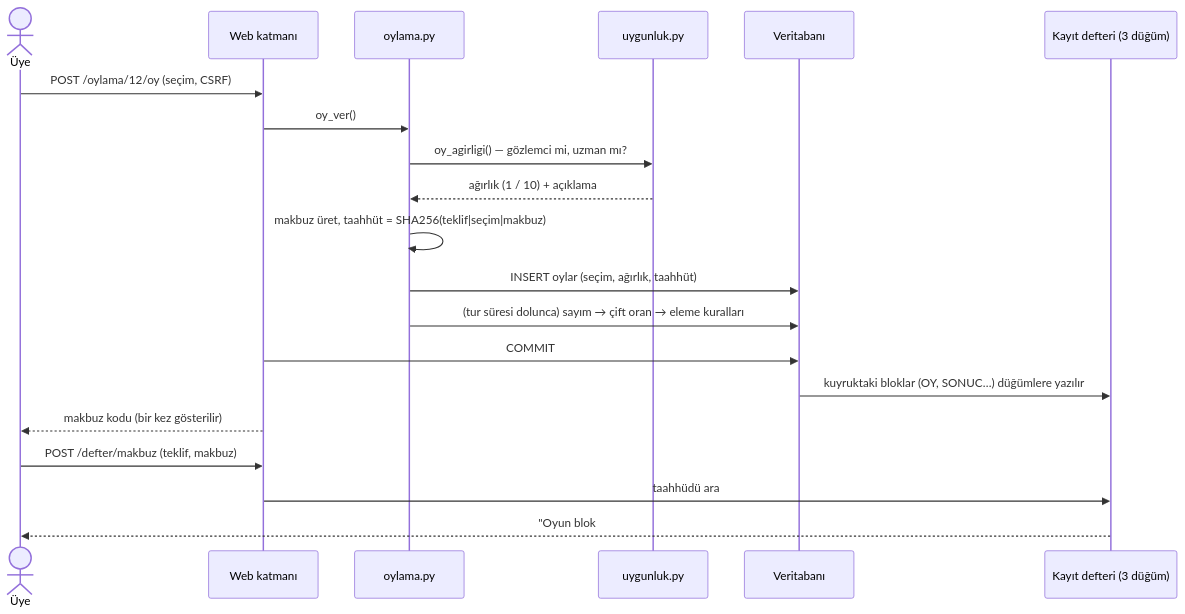
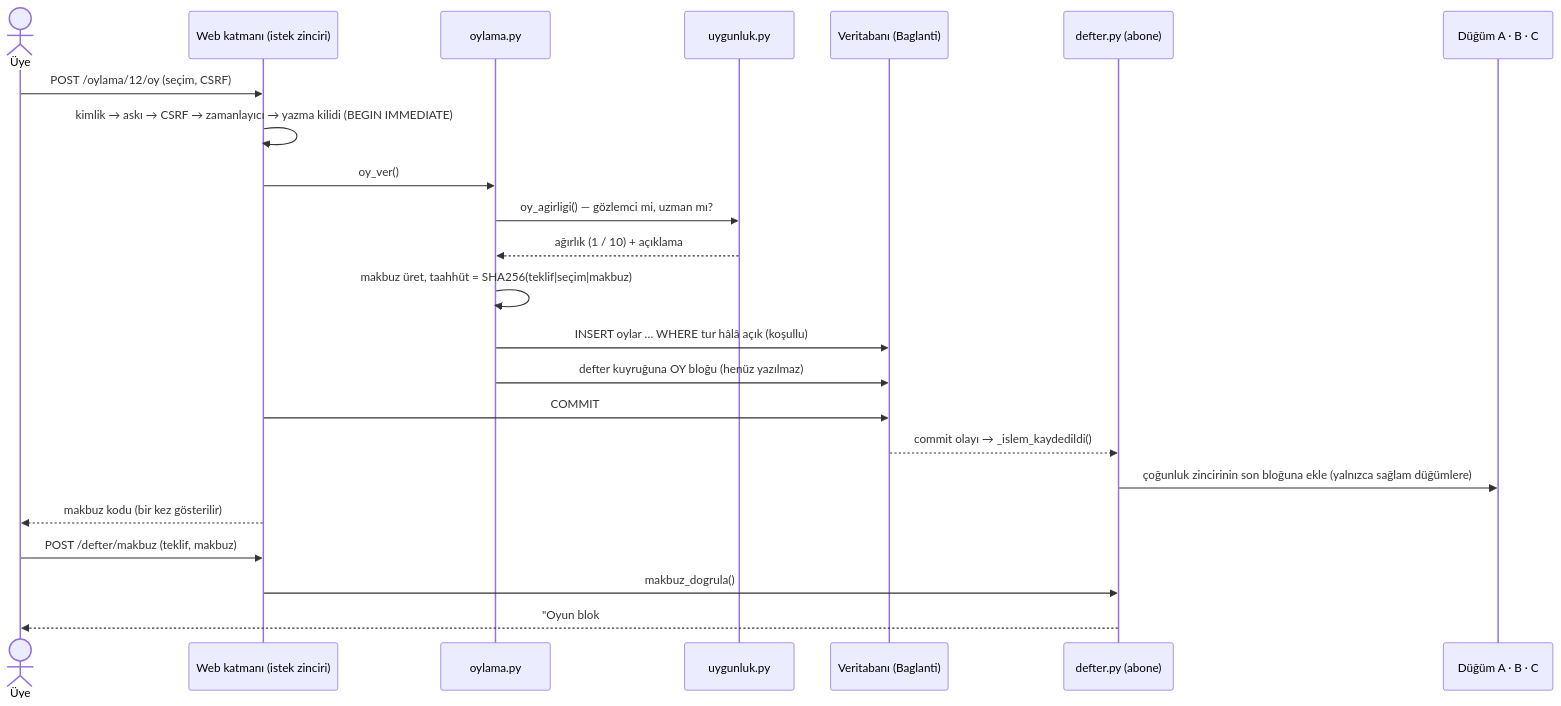
The third of 12 diagrams in docs/tasarim.md (Baki-B/YZM327-Odevler), drawn with Mermaid before and after one commit. The commit also changed other lines of this file, not shown here.

````diff
--- a/docs/tasarim.md
+++ b/docs/tasarim.md
@@ -42,22 +54,25 @@
 ```mermaid
 sequenceDiagram
   actor Y as Üye
-  participant W as Web katmanı
+  participant W as Web katmanı (istek zinciri)
   participant O as oylama.py
   participant U as uygunluk.py
-  participant V as Veritabanı
-  participant D as Kayıt defteri (3 düğüm)
+  participant V as Veritabanı (Baglanti)
+  participant D as defter.py (abone)
+  participant N as Düğüm A · B · C
   Y->>W: POST /oylama/12/oy (seçim, CSRF)
+  W->>W: kimlik → askı → CSRF → zamanlayıcı → yazma kilidi (BEGIN IMMEDIATE)
   W->>O: oy_ver()
   O->>U: oy_agirligi() — gözlemci mi, uzman mı?
   U-->>O: ağırlık (1 / 10) + açıklama
   O->>O: makbuz üret, taahhüt = SHA256(teklif|seçim|makbuz)
-  O->>V: INSERT oylar (seçim, ağırlık, taahhüt)
-  O->>V: (tur süresi dolunca) sayım → çift oran → eleme kuralları
+  O->>V: INSERT oylar … WHERE tur hâlâ açık (koşullu)
+  O->>V: defter kuyruğuna OY bloğu (henüz yazılmaz)
   W->>V: COMMIT
-  V->>D: kuyruktaki bloklar (OY, SONUC…) düğümlere yazılır
+  V-->>D: commit olayı → _islem_kaydedildi()
+  D->>N: çoğunluk zincirinin son bloğuna ekle (yalnızca sağlam düğümlere)
   W-->>Y: makbuz kodu (bir kez gösterilir)
   Y->>W: POST /defter/makbuz (teklif, makbuz)
-  W->>D: taahhüdü ara
-  D-->>Y: "Oyun blok #N'de kayıtlı, seçimin: …"
+  W->>D: makbuz_dogrula()
+  D-->>Y: "Oyun blok #N'de kayıtlı, seçimin: …, güncel mi"
 ```
````
